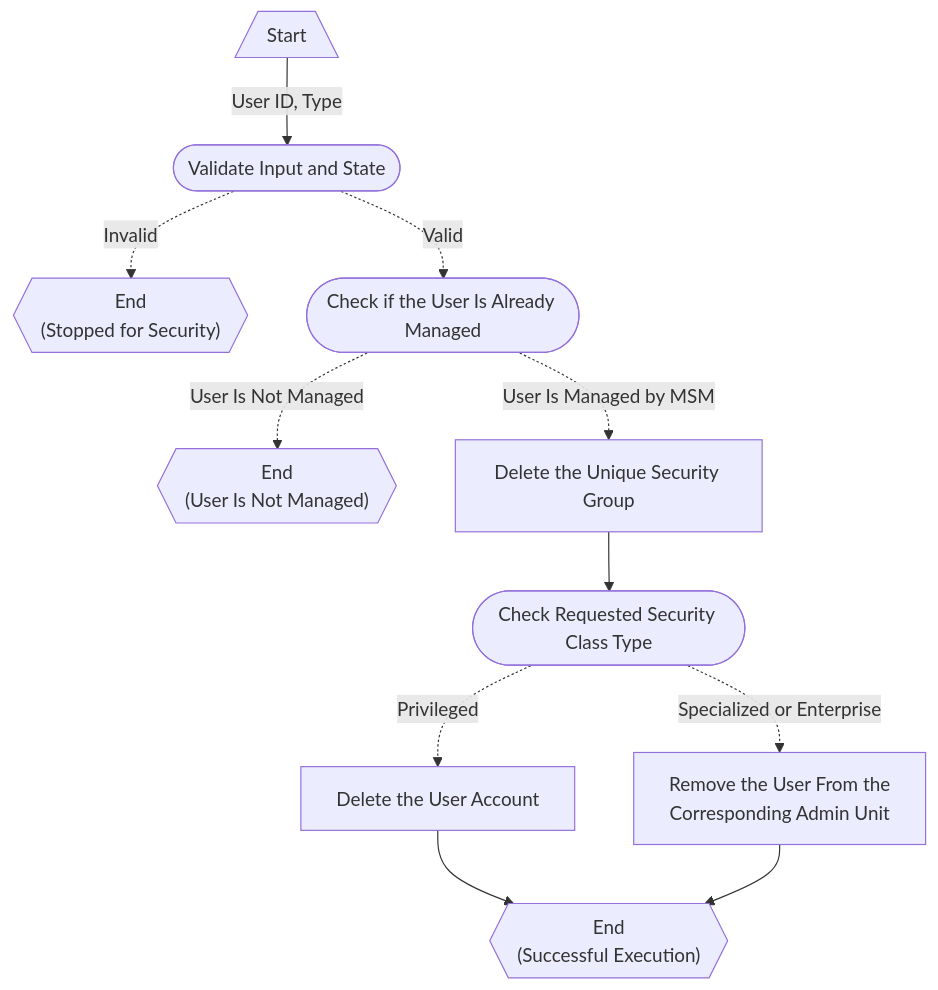
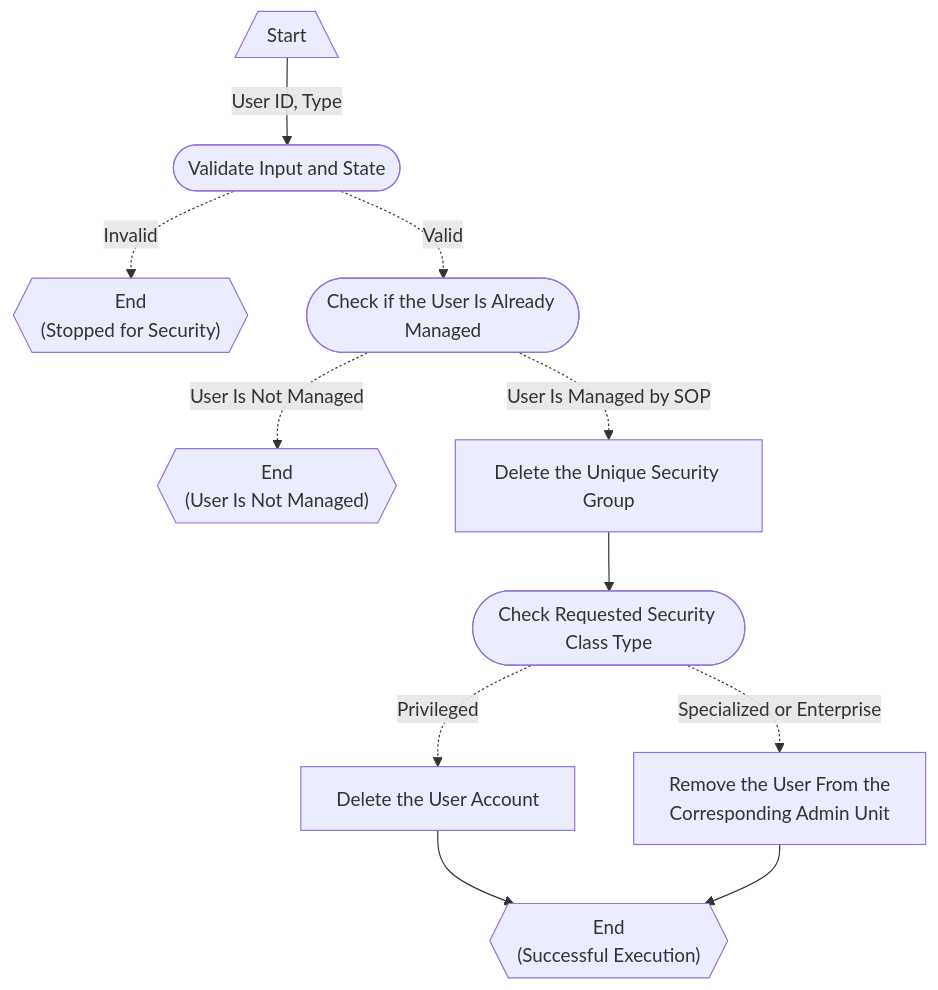
One commit to Software-Hardware-Integration-Lab/Documentation changed the second of 2 diagrams in docs/Security-Management/Reference/Architecture/Diagrams/User-Decommission.md. Above: the diagram before and after it, drawn with Mermaid. The commit also changed 45 other files, not shown here.

````diff
--- a/docs/Security-Management/Reference/Architecture/Diagrams/User-Decommission.md
+++ b/docs/Security-Management/Reference/Architecture/Diagrams/User-Decommission.md
@@ -33,25 +33,25 @@
 ``` mermaid
 flowchart TD
 
 Start[/"Start"\]
 InputValidation(["Validate Input and State"])
 failValidation{{"End\n(Stopped for Security)"}}
 checkIfManaged(["Check if the User Is Already Managed"])
 failNotManaged{{"End\n(User Is Not Managed)"}}
 checkSecurityType(["Check Requested Security Class Type"])
 deleteUniqueGroup["Delete the Unique Security Group"]
 deleteUser["Delete the User Account"]
 removeAdminUnitMember["Remove the User From the\nCorresponding Admin Unit"]
 successEnd{{"End\n(Successful Execution)"}}
 
 Start -->| User ID, Type | InputValidation
 InputValidation -.->| Invalid | failValidation
 InputValidation -.->| Valid | checkIfManaged
 checkIfManaged -.-> | User Is Not Managed | failNotManaged
-checkIfManaged -.-> | User Is Managed by MSM | deleteUniqueGroup
+checkIfManaged -.-> | User Is Managed by SOP | deleteUniqueGroup
 deleteUniqueGroup --> checkSecurityType
 checkSecurityType -.-> | Privileged | deleteUser
 checkSecurityType -.-> | Specialized or Enterprise | removeAdminUnitMember
 deleteUser --> successEnd
 removeAdminUnitMember --> successEnd
 ```
````
